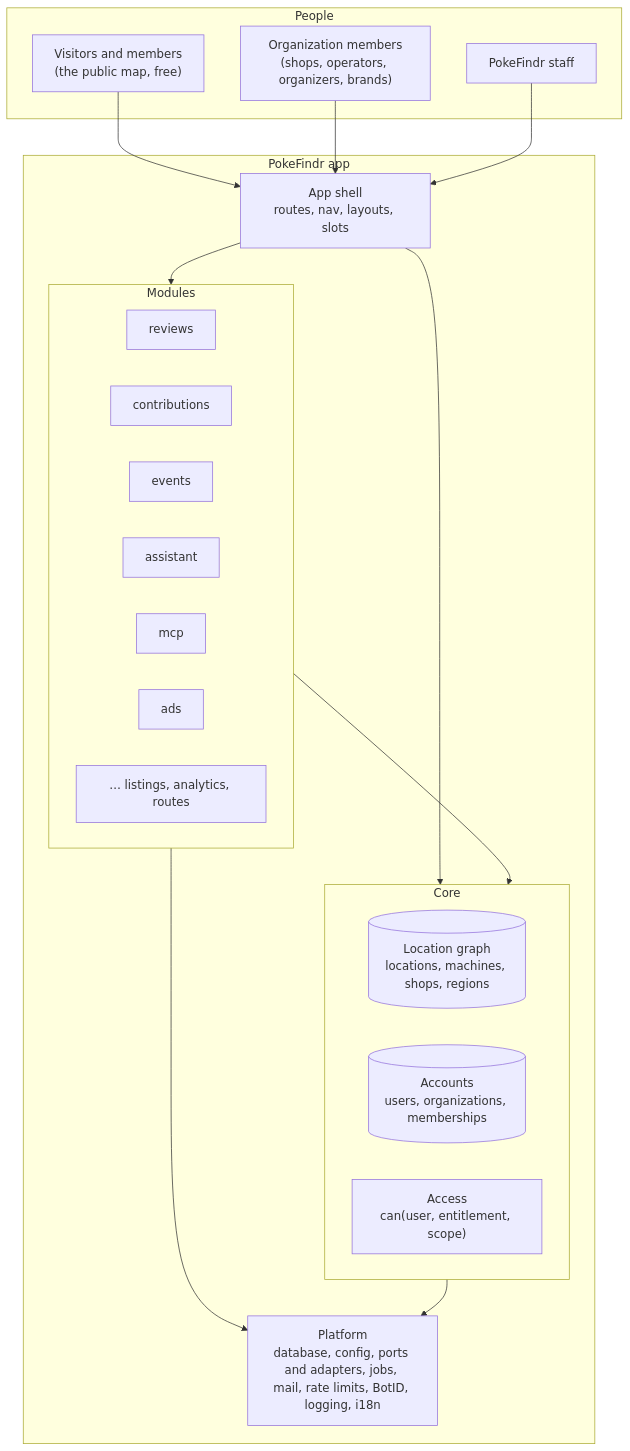
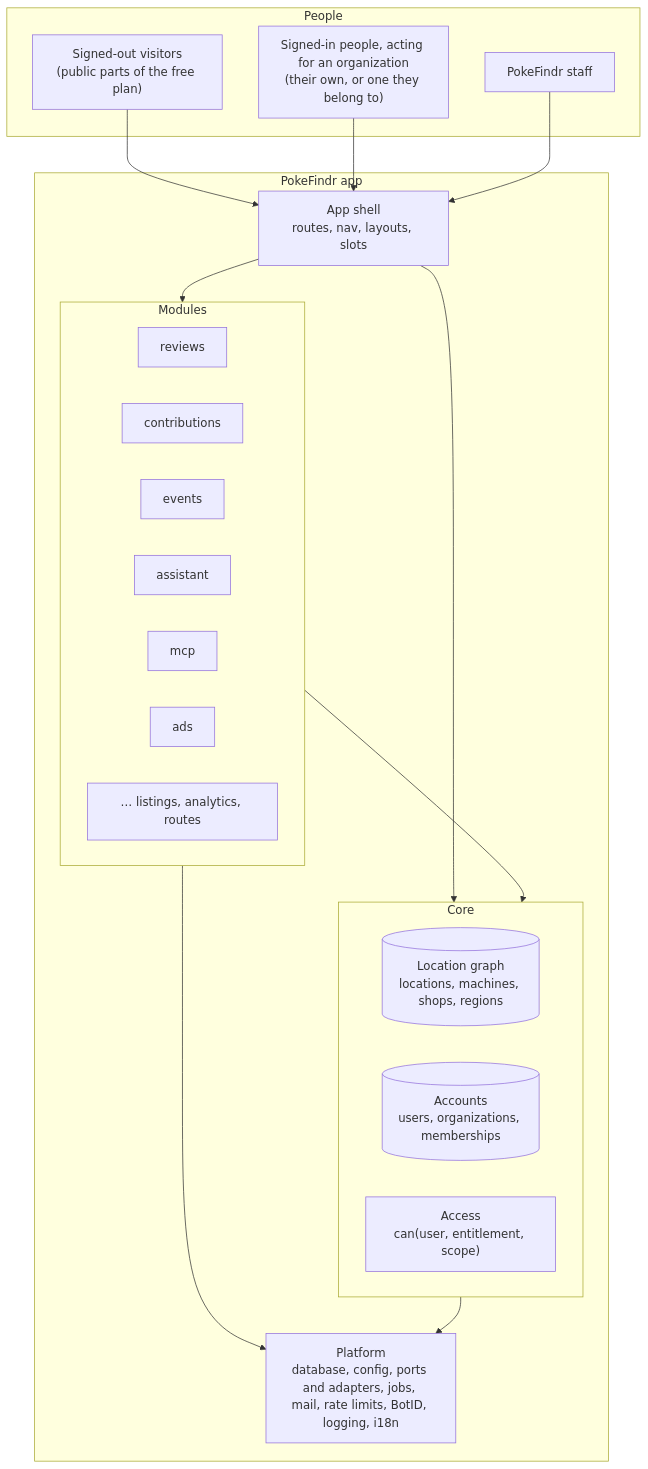
Before and after one commit to riechert-arthur/pokefindr: the first of 9 diagrams in docs/architecture.md, drawn with Mermaid. The commit also changed other lines of this file, not shown here.

First line of the commit message:
Architecture: organizations can be anyone; plans bundle modules

````diff
--- a/docs/architecture.md
+++ b/docs/architecture.md
@@ -35,38 +37,38 @@
 ```mermaid
 flowchart TB
   subgraph People
-    public["Visitors and members<br/>(the public map, free)"]
-    orgUser["Organization members<br/>(shops, operators, organizers, brands)"]
+    public["Signed-out visitors<br/>(public parts of the free plan)"]
+    orgUser["Signed-in people, acting for an organization<br/>(their own, or one they belong to)"]
     staff["PokeFindr staff"]
   end
 
   subgraph App["PokeFindr app"]
     shell["App shell<br/>routes, nav, layouts, slots"]
     subgraph Modules
       direction LR
       reviews[reviews]
       contributions[contributions]
       events[events]
       assistant[assistant]
       mcp[mcp]
       ads[ads]
       more["… listings, analytics, routes"]
     end
     subgraph Core
       direction LR
       lgraph[("Location graph<br/>locations, machines, shops, regions")]
       accounts[("Accounts<br/>users, organizations, memberships")]
       access["Access<br/>can(user, entitlement, scope)"]
     end
     platform["Platform<br/>database, config, ports and adapters, jobs, mail, rate limits, BotID, logging, i18n"]
   end
 
   public --> shell
   orgUser --> shell
   staff --> shell
   shell --> Modules
   shell --> Core
   Modules --> Core
   Modules --> platform
   Core --> platform
 ```
````
